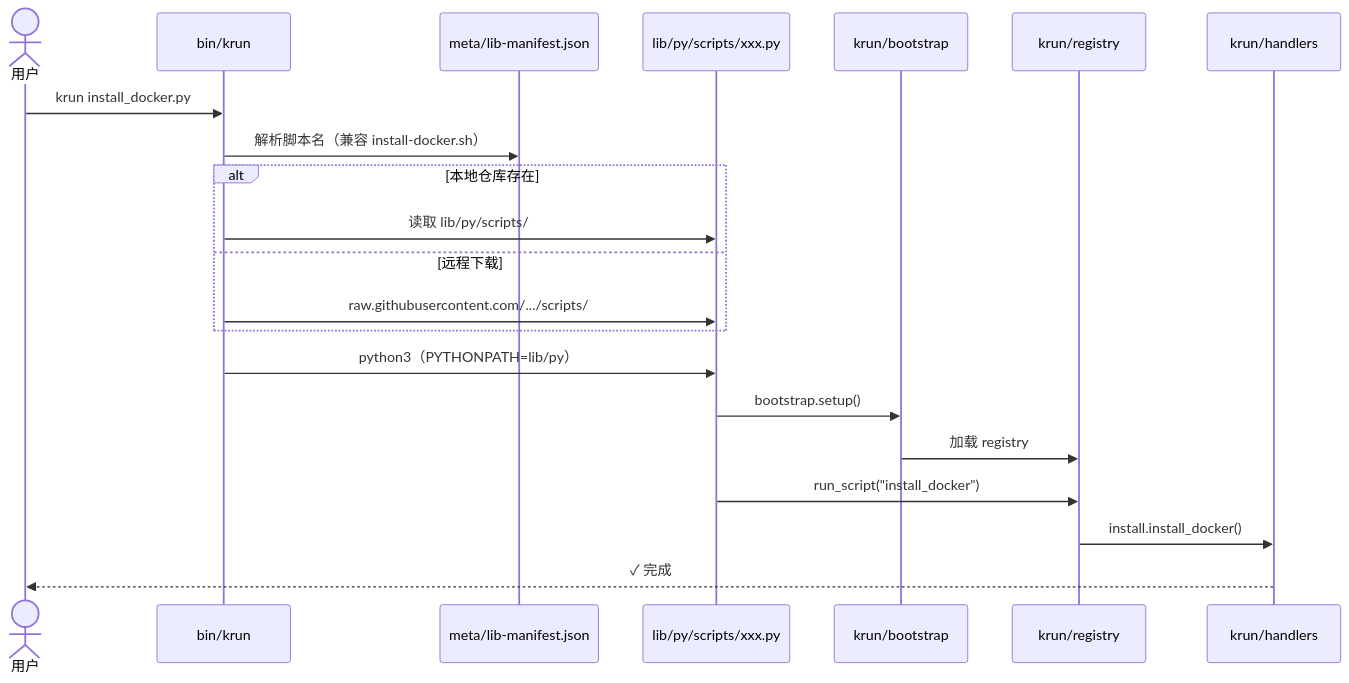
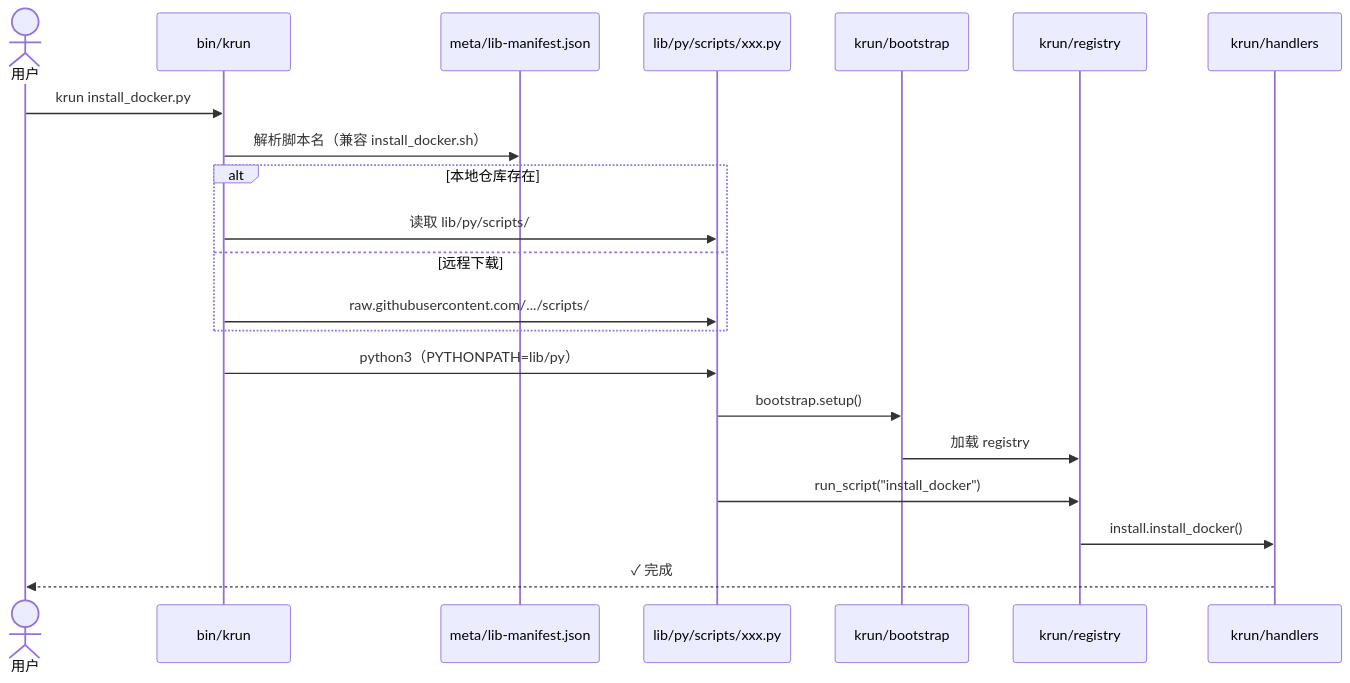
Before and after one commit to kevin197011/krun: the second of 4 diagrams in README.md, drawn with Mermaid. The commit also changed other lines of this file and 168 other files, not shown here.

````diff
--- a/README.md
+++ b/README.md
@@ -96,24 +96,24 @@
 ```mermaid
 sequenceDiagram
     actor U as 用户
     participant K as bin/krun
     participant M as meta/lib-manifest.json
     participant S as lib/py/scripts/xxx.py
     participant B as krun/bootstrap
     participant R as krun/registry
     participant H as krun/handlers
 
     U->>K: krun install_docker.py
-    K->>M: 解析脚本名（兼容 install-docker.sh）
+    K->>M: 解析脚本名（兼容 install_docker.sh）
     alt 本地仓库存在
         K->>S: 读取 lib/py/scripts/
     else 远程下载
         K->>S: raw.githubusercontent.com/.../scripts/
     end
     K->>S: python3（PYTHONPATH=lib/py）
     S->>B: bootstrap.setup()
     B->>R: 加载 registry
     S->>R: run_script("install_docker")
     R->>H: install.install_docker()
     H-->>U: ✓ 完成
 ```
````
